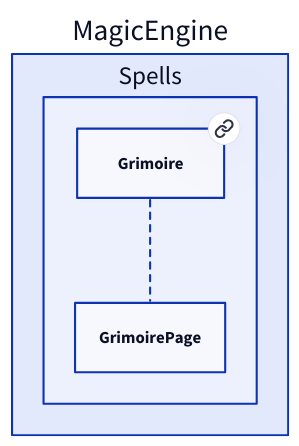
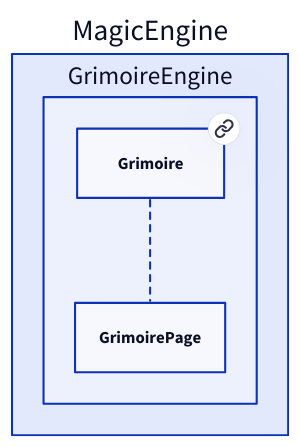
Before and after one commit to Portevent/Brume-Documentation: the diagram in doc/graphs/d2/GrimoirePage.d2, drawn with D2. The commit also changed 226 other files, not shown here.

```diff
--- a/doc/graphs/d2/GrimoirePage.d2
+++ b/doc/graphs/d2/GrimoirePage.d2
@@ -1,11 +1,11 @@
 # Nodes :
 MagicEngine: {
-    Spells: {
+    GrimoireEngine: {
         Grimoire: Grimoire {
            link: Grimoire
         }
     }
 }
 
 # Links :
-MagicEngine.Spells.Grimoire -- MagicEngine.Spells.GrimoirePage: {style.stroke-dash: 3}
+MagicEngine.GrimoireEngine.Grimoire -- MagicEngine.GrimoireEngine.GrimoirePage: {style.stroke-dash: 3}
```
